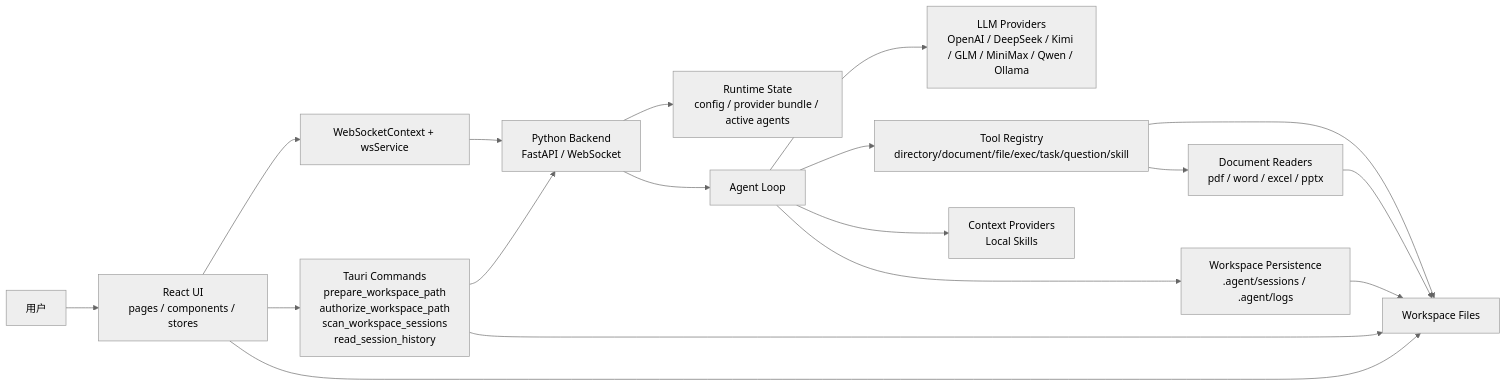
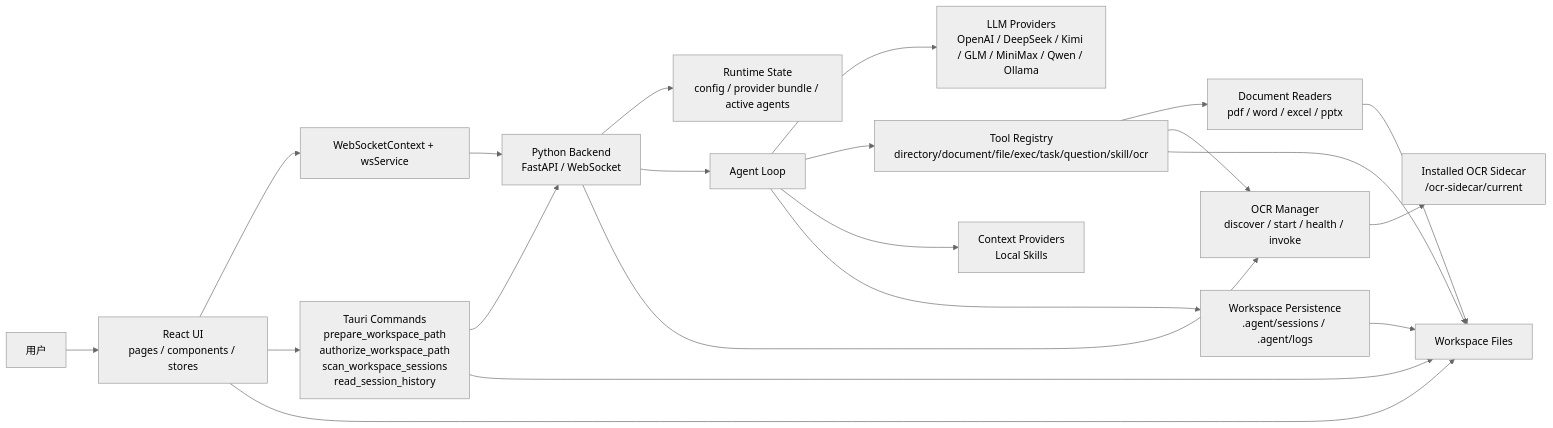
One commit to ChqJourney/simple_agent changed the first of 5 diagrams in architecture.md. Above: the diagram before and after it, drawn with Mermaid (neutral theme). The commit also changed other lines of this file and 3 other files, not shown here.

````diff
--- a/architecture.md
+++ b/architecture.md
@@ -24,22 +25,25 @@
 ```mermaid
 flowchart LR
     User["用户"] --> UI["React UI<br/>pages / components / stores"]
     UI --> WS["WebSocketContext + wsService"]
     UI --> Tauri["Tauri Commands<br/>prepare_workspace_path<br/>authorize_workspace_path<br/>scan_workspace_sessions<br/>read_session_history"]
     WS --> Backend["Python Backend<br/>FastAPI / WebSocket"]
     Tauri --> Backend
 
     Backend --> Runtime["Runtime State<br/>config / provider bundle / active agents"]
     Backend --> Agent["Agent Loop"]
+    Backend --> OCR["OCR Manager<br/>discover / start / health / invoke"]
     Agent --> LLM["LLM Providers<br/>OpenAI / DeepSeek / Kimi / GLM / MiniMax / Qwen / Ollama"]
-    Agent --> Tools["Tool Registry<br/>directory/document/file/exec/task/question/skill"]
+    Agent --> Tools["Tool Registry<br/>directory/document/file/exec/task/question/skill/ocr"]
     Tools --> Readers["Document Readers<br/>pdf / word / excel / pptx"]
+    Tools --> OCR
     Agent --> Context["Context Providers<br/>Local Skills"]
     Agent --> Persist["Workspace Persistence<br/>.agent/sessions / .agent/logs"]
 
     Tools --> Workspace["Workspace Files"]
     Readers --> Workspace
     Persist --> Workspace
     Tauri --> Workspace
     UI --> Workspace
+    OCR --> OcrInstall["Installed OCR Sidecar<br/><app_dir>/ocr-sidecar/current"]
 ```
````
